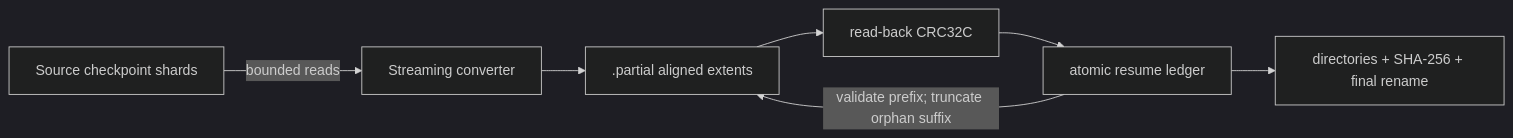
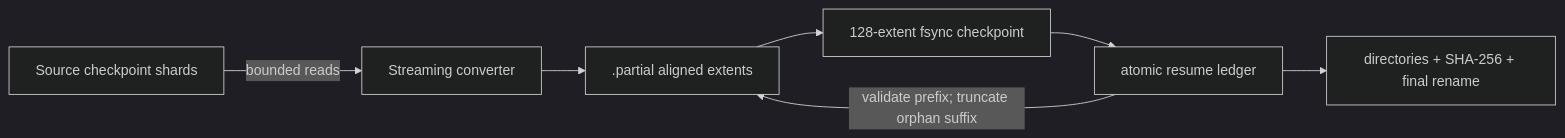
The second of 2 diagrams in ARCHITECTURE.md (rsb1813/project-k3x), drawn with Mermaid (dark theme) before and after one commit. The commit also changed other lines of this file and 5 other files, not shown here.

````diff
--- a/ARCHITECTURE.md
+++ b/ARCHITECTURE.md
@@ -563,9 +563,9 @@
 ```mermaid
 flowchart LR
     SOURCE["Source checkpoint shards"] -->|"bounded reads"| CONVERT["Streaming converter"]
     CONVERT --> PARTIAL[".partial aligned extents"]
-    PARTIAL --> VERIFY["read-back CRC32C"]
+    PARTIAL --> VERIFY["128-extent fsync checkpoint"]
     VERIFY --> LEDGER["atomic resume ledger"]
     LEDGER -->|"validate prefix; truncate orphan suffix"| PARTIAL
     LEDGER --> FINAL["directories + SHA-256 + final rename"]
 ```
````
